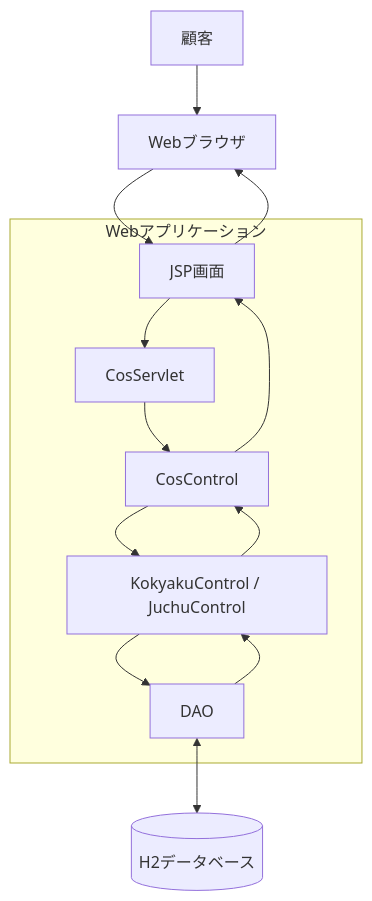
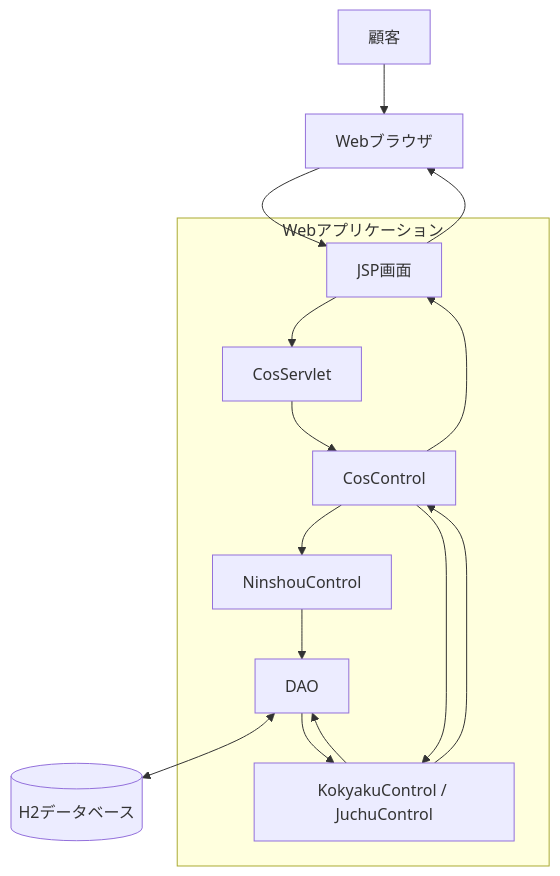
The first of 3 diagrams in ver.3/設計書/基本設計書.md (h-yokota1215/web-version_up), drawn with Mermaid before and after one commit. The commit also changed other lines of this file, not shown here.

````diff
--- a/ver.3/設計書/基本設計書.md
+++ b/ver.3/設計書/基本設計書.md
@@ -63,27 +76,30 @@
 ```mermaid
 flowchart TB
     User["顧客"]
     Browser["Webブラウザ"]
 
     subgraph WebApp["Webアプリケーション"]
         JSP["JSP画面"]
         Servlet["CosServlet"]
         Controller["CosControl"]
+        Auth["NinshouControl"]
         Business["KokyakuControl / JuchuControl"]
         DAO["DAO"]
     end
 
     DB[("H2データベース")]
 
     User --> Browser
     Browser --> JSP
     JSP --> Servlet
     Servlet --> Controller
+    Controller --> Auth
     Controller --> Business
     Business --> DAO
+    Auth --> DAO
     DAO <--> DB
     DAO --> Business
     Business --> Controller
     Controller --> JSP
     JSP --> Browser
 ```
````
